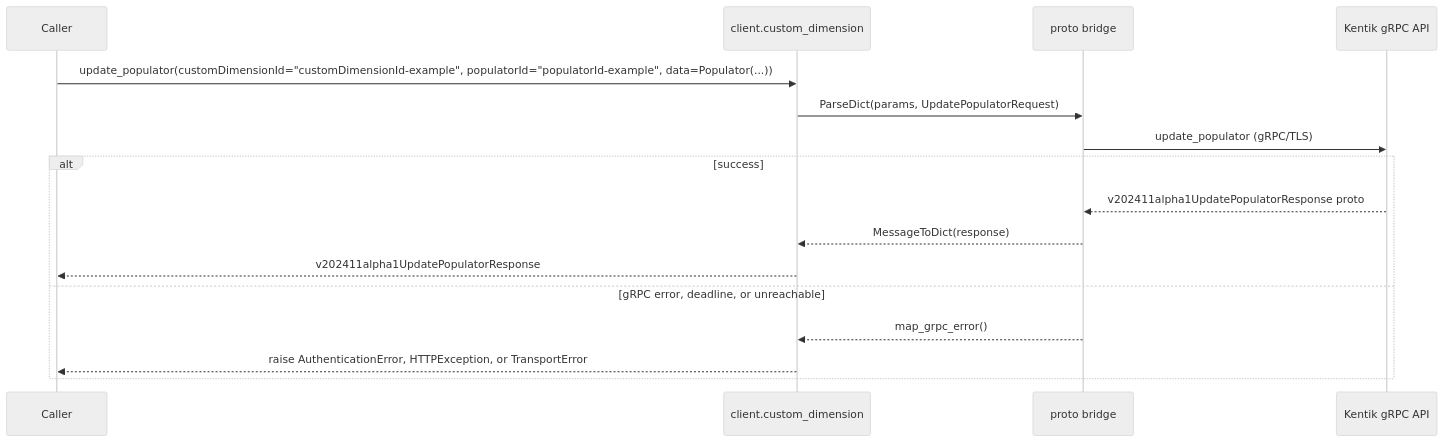
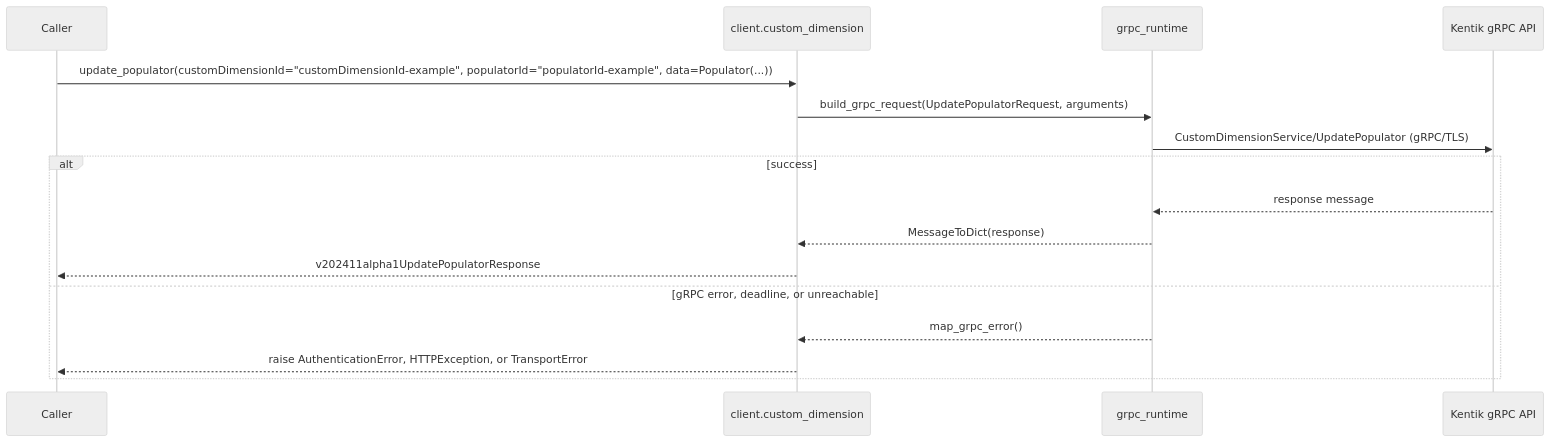
One commit to alexdearaujo/community_sdk_python changed diagram 15 of 22 in docs/sphinx/services/custom_dimension.md. Above: the diagram before and after it, drawn with Mermaid (neutral theme). The commit also changed other lines of this file and 37 other files, not shown here.

First line of the commit message:
docs: show the real RPC in each service page's gRPC diagram

````diff
--- a/docs/sphinx/services/custom_dimension.md
+++ b/docs/sphinx/services/custom_dimension.md
@@ -514,19 +514,19 @@
 ```mermaid
 sequenceDiagram
     participant C as Caller
     participant W as client.custom_dimension
-    participant B as proto bridge
+    participant R as grpc_runtime
     participant API as Kentik gRPC API
 
     C->>W: update_populator(customDimensionId="customDimensionId-example", populatorId="populatorId-example", data=Populator(...))
-    W->>B: ParseDict(params, UpdatePopulatorRequest)
-    B->>API: update_populator (gRPC/TLS)
+    W->>R: build_grpc_request(UpdatePopulatorRequest, arguments)
+    R->>API: CustomDimensionService/UpdatePopulator (gRPC/TLS)
     alt success
-        API-->>B: v202411alpha1UpdatePopulatorResponse proto
-        B-->>W: MessageToDict(response)
+        API-->>R: response message
+        R-->>W: MessageToDict(response)
         W-->>C: v202411alpha1UpdatePopulatorResponse
     else gRPC error, deadline, or unreachable
-        B-->>W: map_grpc_error()
+        R-->>W: map_grpc_error()
         W-->>C: raise AuthenticationError, HTTPException, or TransportError
     end
 ```
````
